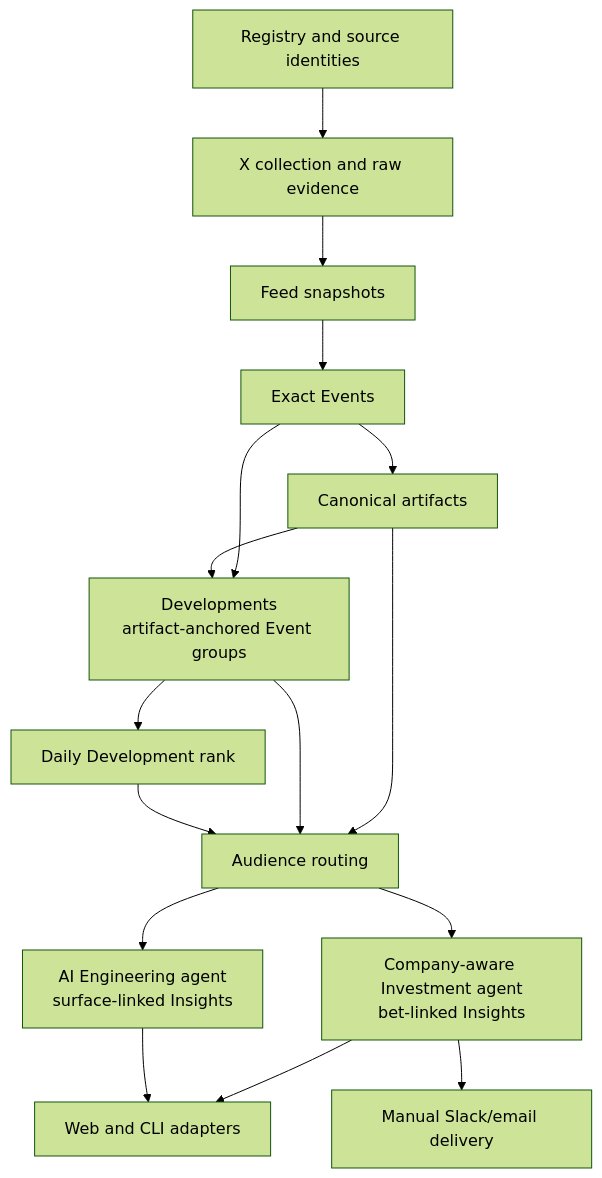
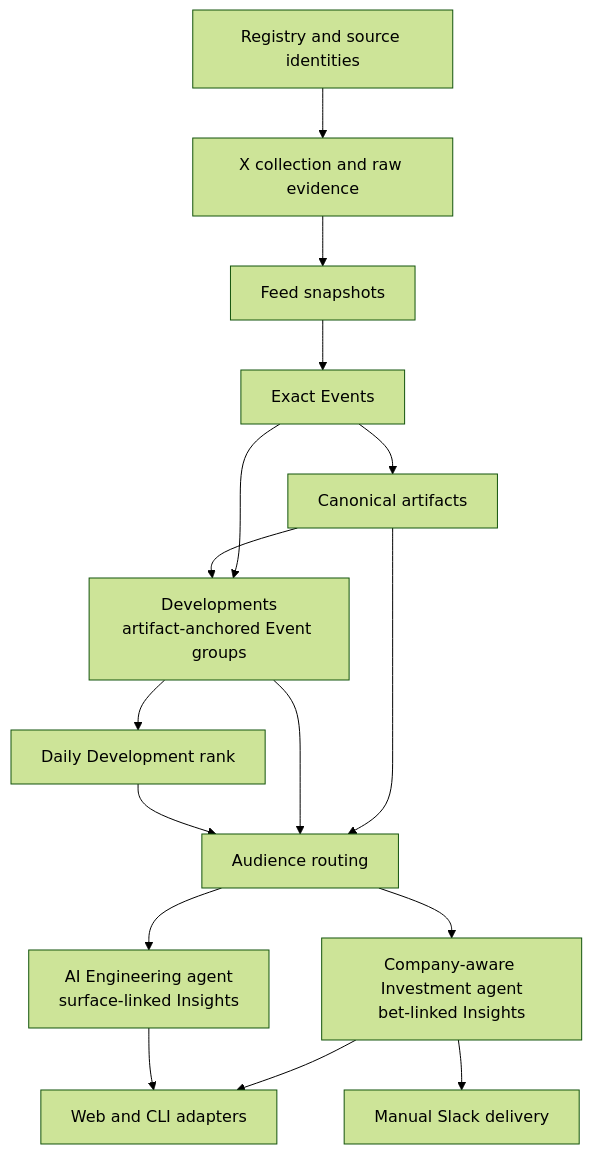
One commit to AdithyanI/frontier-lab-intelligence changed the diagram in docs/architecture/code-map.md. Above: the diagram before and after it, drawn with Mermaid (forest theme). The commit also changed other lines of this file and 17 other files, not shown here.

````diff
--- a/docs/architecture/code-map.md
+++ b/docs/architecture/code-map.md
@@ -10,18 +10,18 @@
 ```mermaid
 flowchart TD
     R["Registry and source identities"] --> X["X collection and raw evidence"]
     X --> F["Feed snapshots"]
     F --> E["Exact Events"]
     E --> A["Canonical artifacts"]
     E --> V["Developments<br/>artifact-anchored Event groups"]
     A --> V
     V --> S["Daily Development rank"]
     A --> U["Audience routing"]
     V --> U
     S --> U
     U --> I["Company-aware Investment agent<br/>bet-linked Insights"]
     U --> G["AI Engineering agent<br/>surface-linked Insights"]
     I --> W["Web and CLI adapters"]
     G --> W
-    I --> D["Manual Slack/email delivery"]
+    I --> D["Manual Slack delivery"]
 ```
````
